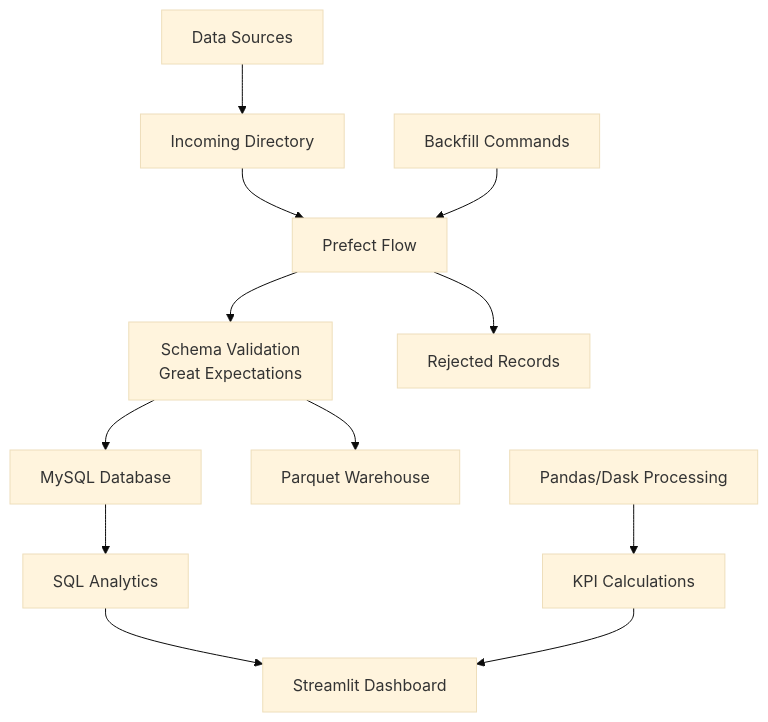
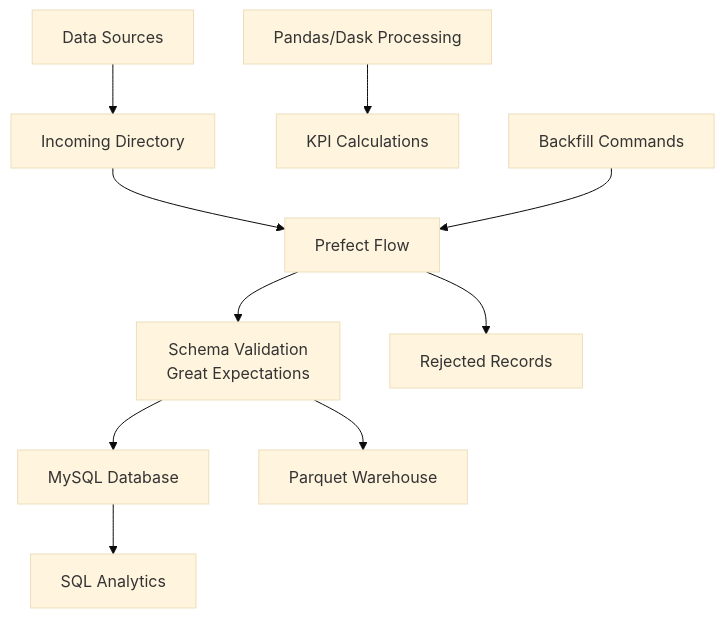
Before and after one commit to siv3sh/akasa-insight: the diagram in README.md, drawn with Mermaid (base theme). The commit also changed other lines of this file and 111 other files, not shown here.

````diff
--- a/README.md
+++ b/README.md
@@ -54,14 +53,12 @@
 ```mermaid
 graph TB
     A[Data Sources] --> B[Incoming Directory]
     B --> C[Prefect Flow]
     C --> D[Schema Validation<br/>Great Expectations]
     D --> E[MySQL Database]
     D --> F[Parquet Warehouse]
     E --> G[SQL Analytics]
     H[Pandas/Dask Processing] --> I[KPI Calculations]
-    G --> J[Streamlit Dashboard]
-    I --> J
     C --> K[Rejected Records]
     L[Backfill Commands] --> C
 ```
````
